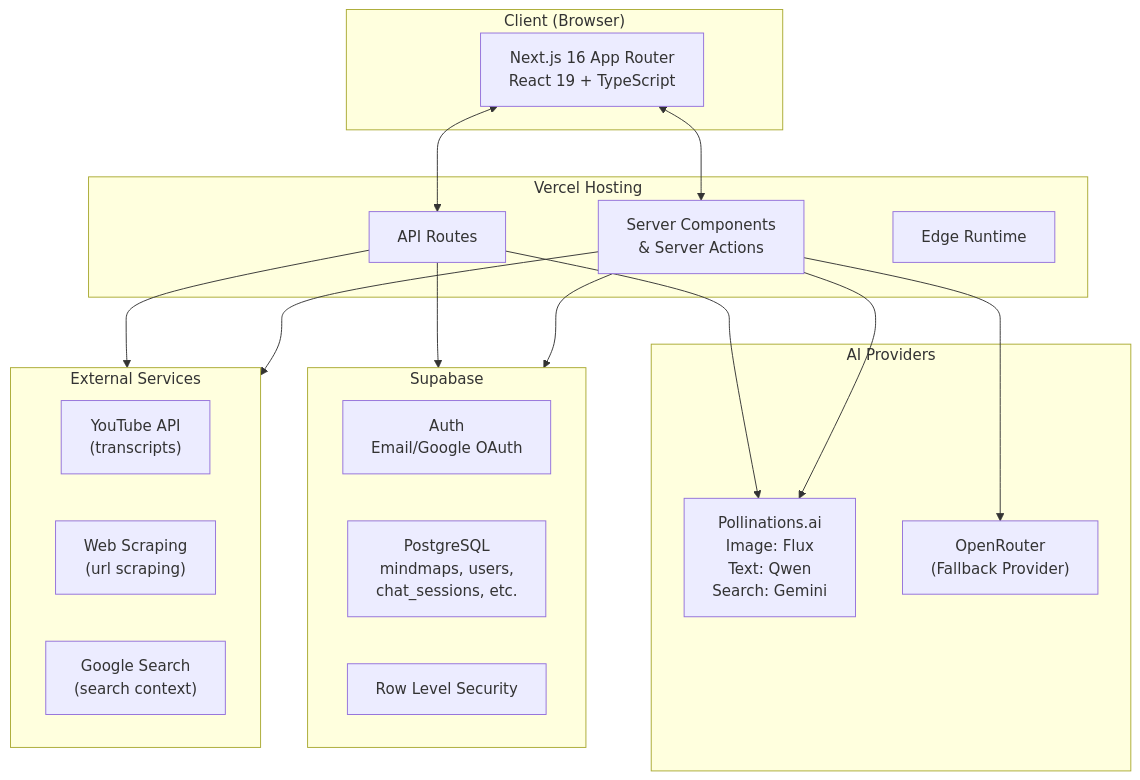
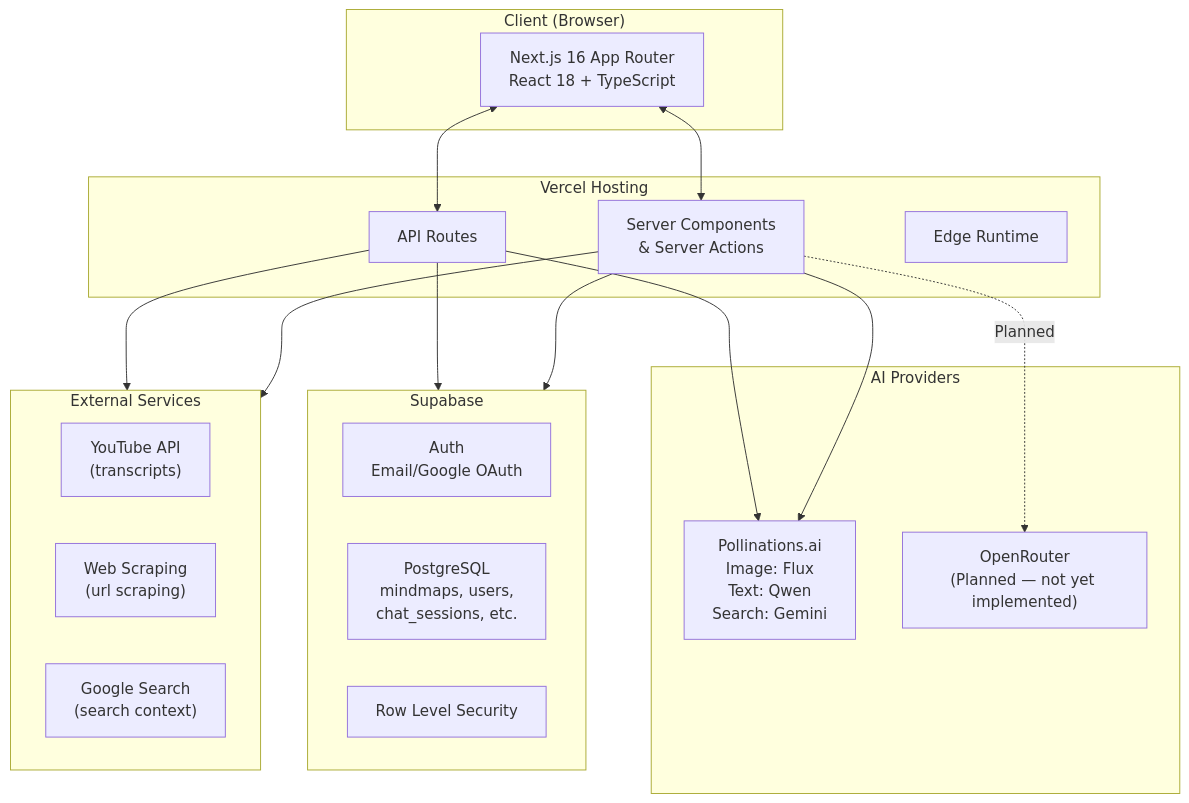
One commit to MindScape-free/mindscape changed the first of 9 diagrams in docs/ARCHITECTURE.md. Above: the diagram before and after it, drawn with Mermaid. The commit also changed other lines of this file and 78 other files, not shown here.

````diff
--- a/docs/ARCHITECTURE.md
+++ b/docs/ARCHITECTURE.md
@@ -9,39 +9,39 @@
 ```mermaid
 flowchart TB
     subgraph CLIENTS["Client (Browser)"]
-        NEXT["Next.js 16 App Router<br/>React 19 + TypeScript"]
+        NEXT["Next.js 16 App Router<br/>React 18 + TypeScript"]
     end
 
     subgraph VERCEL["Vercel Hosting"]
         SSR["Server Components<br/>& Server Actions"]
         API["API Routes"]
         EDGE["Edge Runtime"]
     end
 
     subgraph PROVIDERS["AI Providers"]
         POLL["Pollinations.ai<br/>Image: Flux<br/>Text: Qwen<br/>Search: Gemini"]
-        OR["OpenRouter<br/>(Fallback Provider)"]
+        OR["OpenRouter<br/>(Planned — not yet implemented)"]
     end
 
     subgraph SUPABASE["Supabase"]
         AUTH["Auth<br/>Email/Google OAuth"]
         PG["PostgreSQL<br/>mindmaps, users,<br/>chat_sessions, etc."]
         RL["Row Level Security"]
     end
 
     subgraph EXTERNAL["External Services"]
         YT["YouTube API<br/>(transcripts)"]
         WEB["Web Scraping<br/>(url scraping)"]
         SEARCH["Google Search<br/>(search context)"]
     end
 
     NEXT <--> SSR
     NEXT <--> API
     SSR --> POLL
-    SSR --> OR
+    SSR -.->|Planned| OR
     SSR --> SUPABASE
     API --> POLL
     API --> SUPABASE
     SSR --> EXTERNAL
     API --> EXTERNAL
 ```
````
